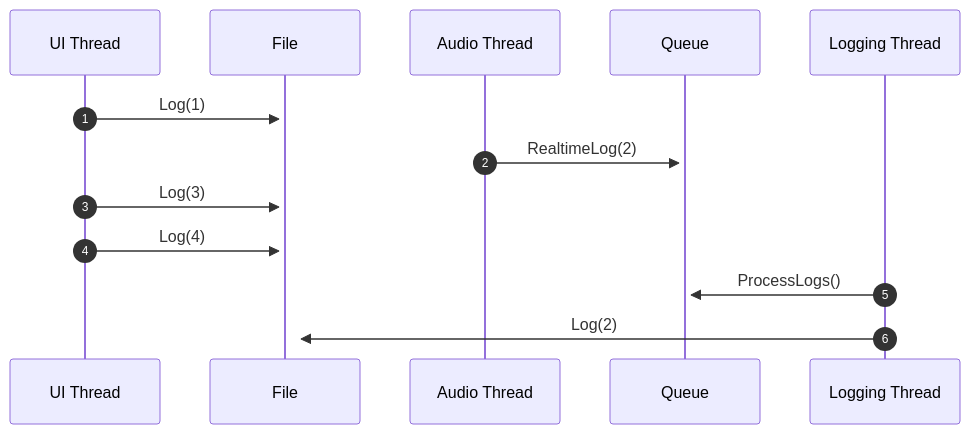
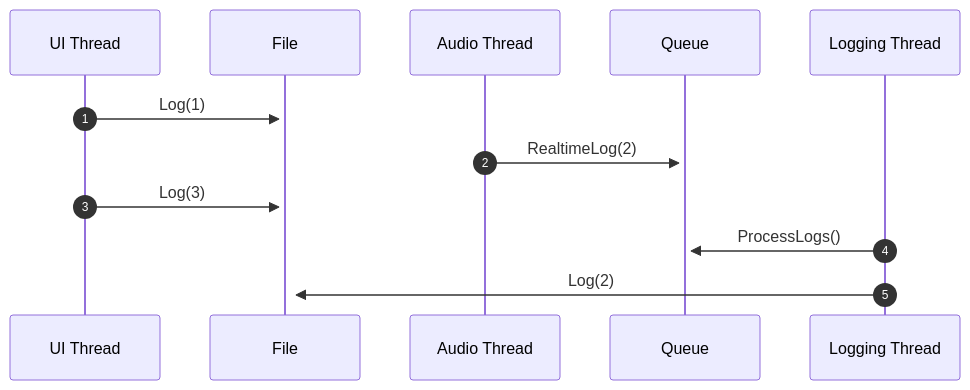
The second of 2 diagrams in slides.md (cjappl/Conference-Presentations), drawn with Mermaid before and after one commit. The commit also changed other lines of this file, not shown here.

````diff
--- a/slides.md
+++ b/slides.md
@@ -670,10 +593,9 @@
 ```mermaid {theme: 'light'}
 sequenceDiagram
   autonumber
   UI Thread->>+File: Log(1)
   Audio Thread->>+Queue: RealtimeLog(2)
   UI Thread->>+File: Log(3)
-  UI Thread->>+File: Log(4)
   Logging Thread->>+Queue: ProcessLogs()
   Logging Thread->>+File: Log(2)
 ```
````
